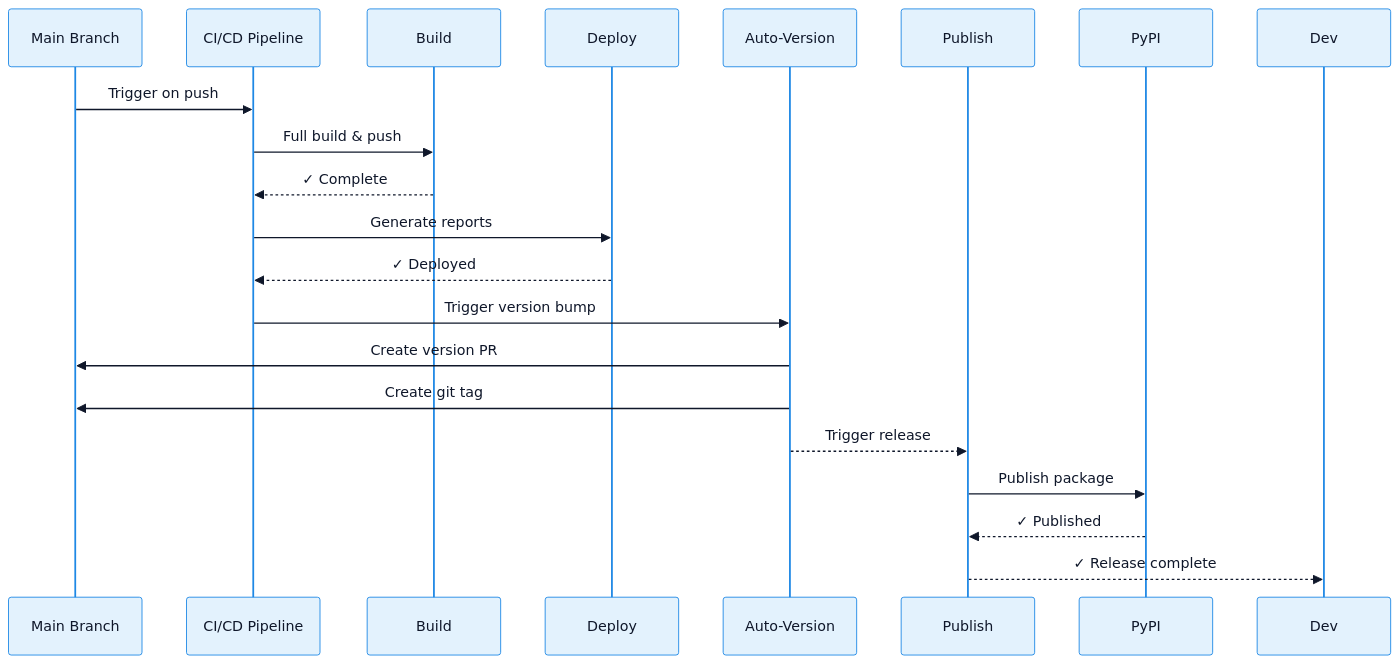
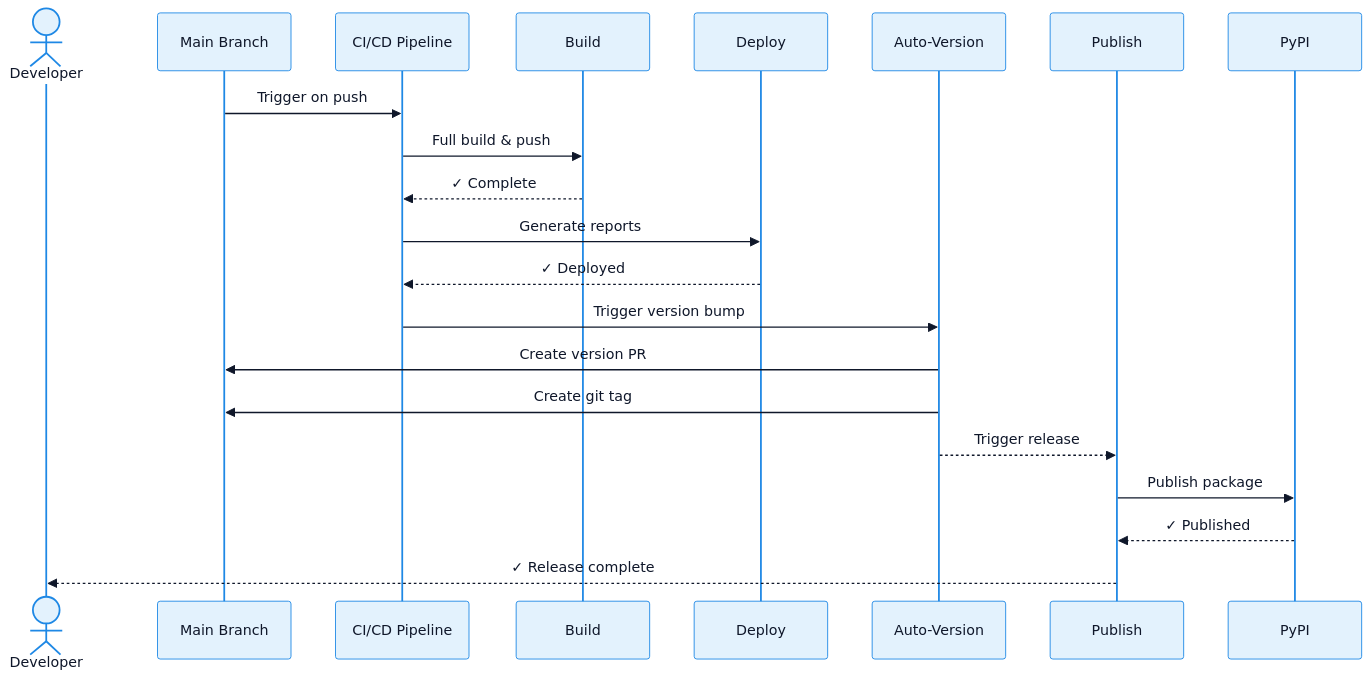
One commit to jim-wyatt/msn-weather-wrapper changed the second of 4 diagrams in docs/WORKFLOW_DIAGRAM.md. Above: the diagram before and after it, drawn with Mermaid. The commit also changed other lines of this file and 29 other files, not shown here.

````diff
--- a/docs/WORKFLOW_DIAGRAM.md
+++ b/docs/WORKFLOW_DIAGRAM.md
@@ -50,28 +50,29 @@
 ```mermaid
 %%{init: {'theme': 'base', 'themeVariables': {'primaryColor': '#E3F2FD', 'primaryTextColor': '#0F172A', 'primaryBorderColor': '#1E88E5', 'lineColor': '#1E88E5', 'secondaryColor': '#BBDEFB', 'tertiaryColor': '#90CAF9', 'edgeLabelBackground': '#E3F2FD'}}}%%
 sequenceDiagram
+    actor Dev as Developer
     participant Main as Main Branch
     participant CI as CI/CD Pipeline
     participant Build as Build
     participant Deploy as Deploy
     participant Auto as Auto-Version
     participant Pub as Publish
     participant PyPI as PyPI
 
     Main->>CI: Trigger on push
 
     CI->>Build: Full build & push
     Build-->>CI: ✓ Complete
 
     CI->>Deploy: Generate reports
     Deploy-->>CI: ✓ Deployed
 
     CI->>Auto: Trigger version bump
     Auto->>Main: Create version PR
     Auto->>Main: Create git tag
     Auto-->>Pub: Trigger release
 
     Pub->>PyPI: Publish package
     PyPI-->>Pub: ✓ Published
     Pub-->>Dev: ✓ Release complete
 ```
````
